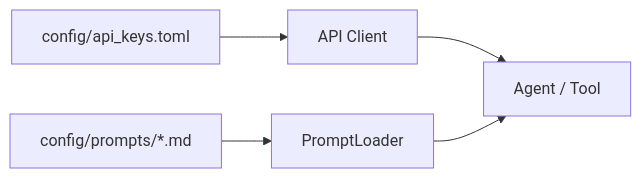
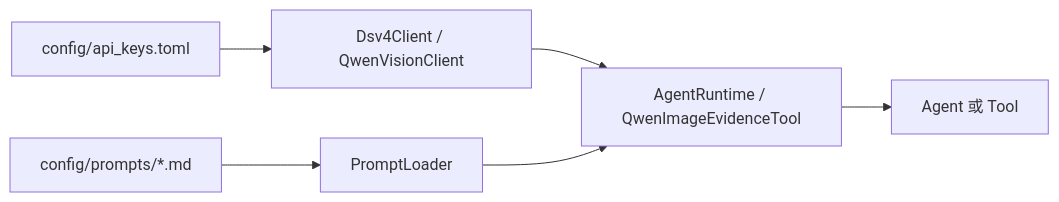
Before and after one commit to jilingxt/agent_demo: the second of 2 diagrams in WORKFLOW.md, drawn with Mermaid. The commit also changed other lines of this file and 19 other files, not shown here.

````diff
--- a/WORKFLOW.md
+++ b/WORKFLOW.md
@@ -44,7 +43,8 @@
 ```mermaid
 flowchart LR
-  A["config/api_keys.toml"] --> B["API Client"]
+  A["config/api_keys.toml"] --> B["Dsv4Client / QwenVisionClient"]
   C["config/prompts/*.md"] --> D["PromptLoader"]
-  B --> E["Agent / Tool"]
+  B --> E["AgentRuntime / QwenImageEvidenceTool"]
   D --> E
+  E --> F["Agent 或 Tool"]
 ```
````
